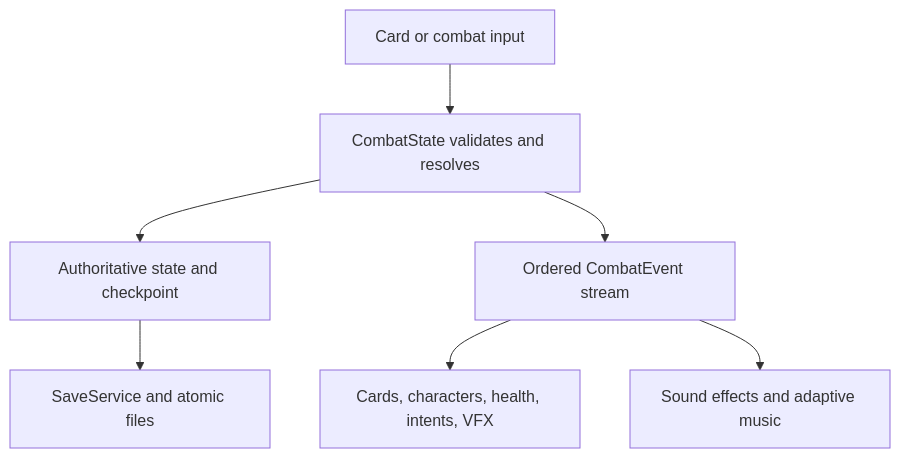
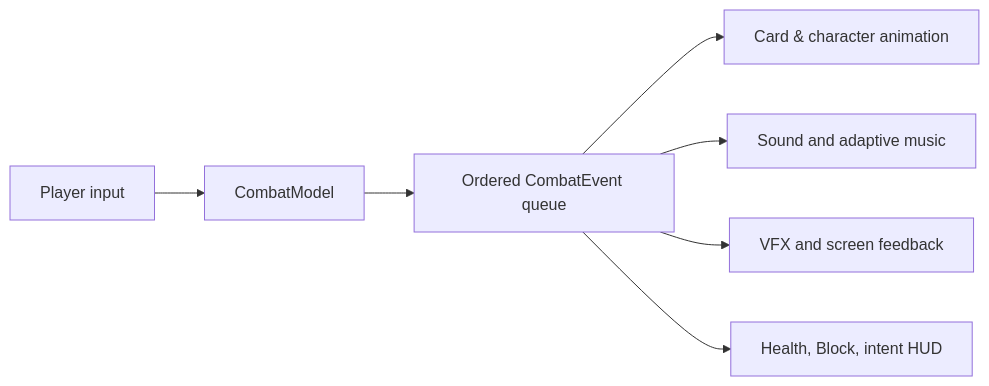
Before and after one commit to riverhine1-max/gilded-fate: the fourth of 7 diagrams in README.md, drawn with Mermaid. The commit also changed other lines of this file and 1589 other files, not shown here.

````diff
--- a/README.md
+++ b/README.md
@@ -138,9 +158,9 @@
 ```mermaid
-flowchart TD
-    Input[Card or combat input] --> Model[CombatState validates and resolves]
-    Model --> State[Authoritative state and checkpoint]
-    Model --> Events[Ordered CombatEvent stream]
-    Events --> Visual[Cards, characters, health, intents, VFX]
-    Events --> Audio[Sound effects and adaptive music]
-    State --> Save[SaveService and atomic files]
+flowchart LR
+    I[Player input] --> M[CombatModel]
+    M --> Q[Ordered CombatEvent queue]
+    Q --> A[Card & character animation]
+    Q --> S[Sound and adaptive music]
+    Q --> V[VFX and screen feedback]
+    Q --> H[Health, Block, intent HUD]
 ```
````
